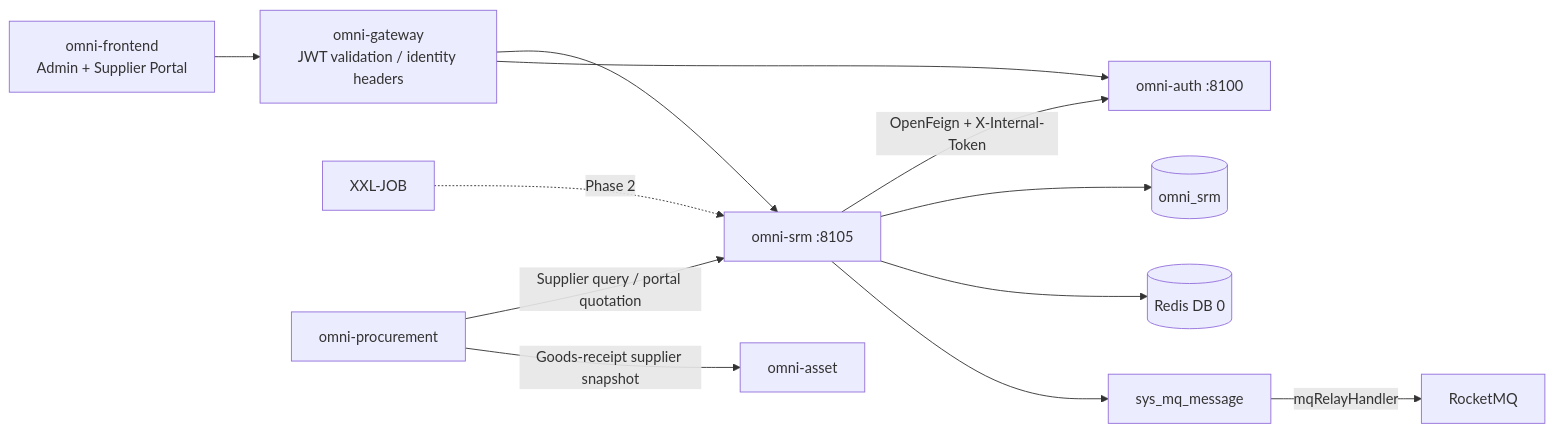
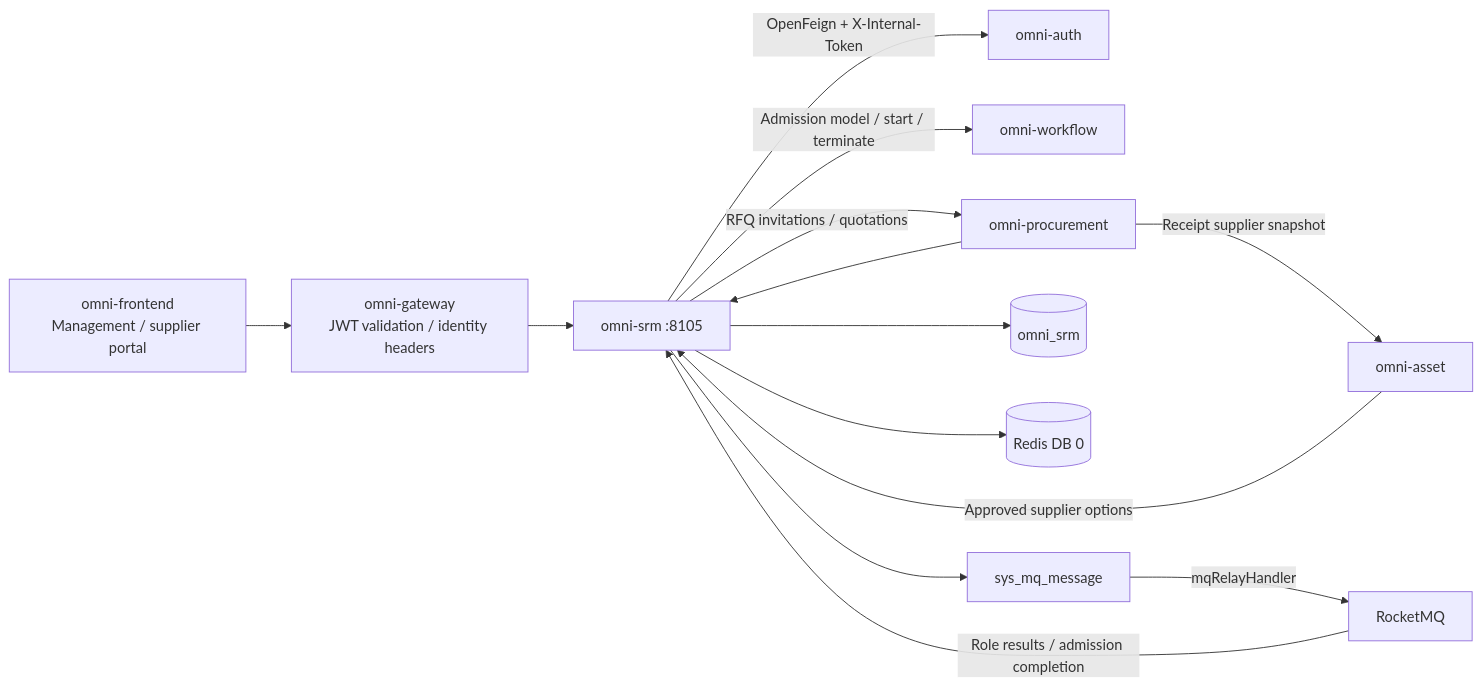
Before and after one commit to wang-baohai/Omni-Stack: the first of 5 diagrams in docs/design/srm-design.en.md, drawn with Mermaid. The commit also changed other lines of this file and 1095 other files, not shown here.

````diff
--- a/docs/design/srm-design.en.md
+++ b/docs/design/srm-design.en.md
@@ -69,14 +73,16 @@
 ```mermaid
 flowchart LR
-    UI["omni-frontend<br/>Admin + Supplier Portal"] --> GW["omni-gateway<br/>JWT validation / identity headers"]
+    UI["omni-frontend<br/>Management / supplier portal"] --> GW["omni-gateway<br/>JWT validation / identity headers"]
     GW --> SRM["omni-srm :8105"]
-    GW --> AUTH["omni-auth :8100"]
-    SRM -->|"OpenFeign + X-Internal-Token"| AUTH
+    SRM -->|"OpenFeign + X-Internal-Token"| AUTH["omni-auth"]
+    SRM -->|"Admission model / start / terminate"| WF["omni-workflow"]
+    SRM -->|"RFQ invitations / quotations"| PROC["omni-procurement"]
+    PROC --> SRM
+    ASSET["omni-asset"] -->|"Approved supplier options"| SRM
+    PROC -->|"Receipt supplier snapshot"| ASSET
     SRM --> DB[("omni_srm")]
     SRM --> R[("Redis DB 0")]
     SRM --> O["sys_mq_message"]
     O -->|"mqRelayHandler"| MQ["RocketMQ"]
-    XXL["XXL-JOB"] -. "Phase 2" .-> SRM
-    PROC["omni-procurement"] -->|"Supplier query / portal quotation"| SRM
-    PROC -->|"Goods-receipt supplier snapshot"| ASSET["omni-asset"]
+    MQ -->|"Role results / admission completion"| SRM
 ```
````
